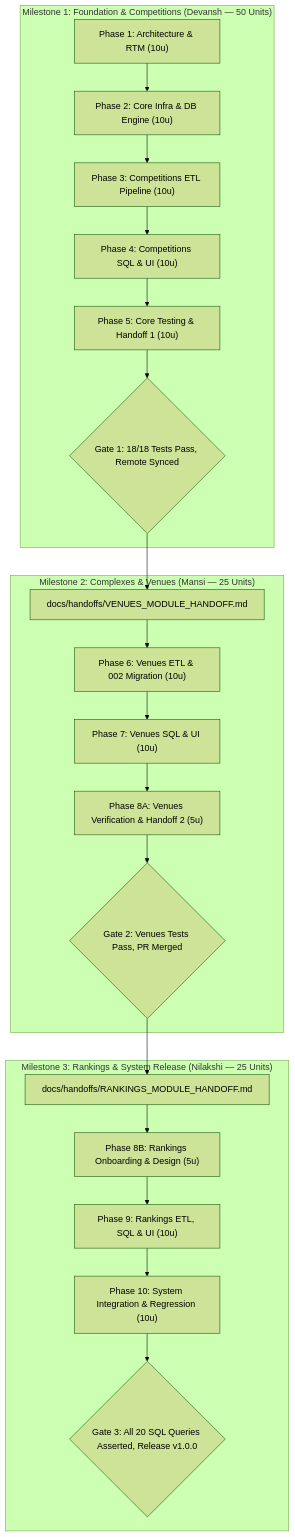
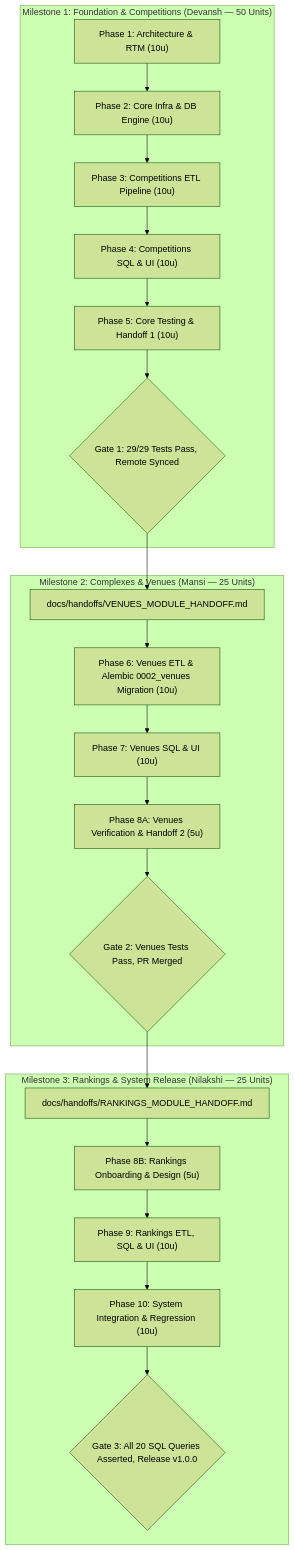
One commit to Devansh54/CourtIQ changed the sixth of 6 diagrams in docs/COURTIQ_ARCHITECTURE_AND_PHASED_IMPLEMENTATION_PLAN.md. Above: the diagram before and after it, drawn with Mermaid (forest theme). The commit also changed other lines of this file and 8 other files, not shown here.

First line of the commit message:
fix(docs,core): standardize PostgreSQL 18, fix blank key validation, and correct setup sequence

````diff
--- a/docs/COURTIQ_ARCHITECTURE_AND_PHASED_IMPLEMENTATION_PLAN.md
+++ b/docs/COURTIQ_ARCHITECTURE_AND_PHASED_IMPLEMENTATION_PLAN.md
@@ -430,31 +430,31 @@
 ```mermaid
 flowchart TD
     subgraph Milestone1["Milestone 1: Foundation & Competitions (Devansh — 50 Units)"]
         P1["Phase 1: Architecture & RTM (10u)"] --> P2["Phase 2: Core Infra & DB Engine (10u)"]
         P2 --> P3["Phase 3: Competitions ETL Pipeline (10u)"]
         P3 --> P4["Phase 4: Competitions SQL & UI (10u)"]
         P4 --> P5["Phase 5: Core Testing & Handoff 1 (10u)"]
-        G1{"Gate 1: 18/18 Tests Pass, Remote Synced"}
+        G1{"Gate 1: 29/29 Tests Pass, Remote Synced"}
         P5 --> G1
     end
 
     subgraph Milestone2["Milestone 2: Complexes & Venues (Mansi — 25 Units)"]
         H1["docs/handoffs/VENUES_MODULE_HANDOFF.md"]
         G1 --> H1
-        H1 --> P6["Phase 6: Venues ETL & 002 Migration (10u)"]
+        H1 --> P6["Phase 6: Venues ETL & Alembic 0002_venues Migration (10u)"]
         P6 --> P7["Phase 7: Venues SQL & UI (10u)"]
         P7 --> P8A["Phase 8A: Venues Verification & Handoff 2 (5u)"]
         G2{"Gate 2: Venues Tests Pass, PR Merged"}
         P8A --> G2
     end
 
     subgraph Milestone3["Milestone 3: Rankings & System Release (Nilakshi — 25 Units)"]
         H2["docs/handoffs/RANKINGS_MODULE_HANDOFF.md"]
         G2 --> H2
         H2 --> P8B["Phase 8B: Rankings Onboarding & Design (5u)"]
         P8B --> P9["Phase 9: Rankings ETL, SQL & UI (10u)"]
         P9 --> P10["Phase 10: System Integration & Regression (10u)"]
         G3{"Gate 3: All 20 SQL Queries Asserted, Release v1.0.0"}
         P10 --> G3
     end
 ```
````
